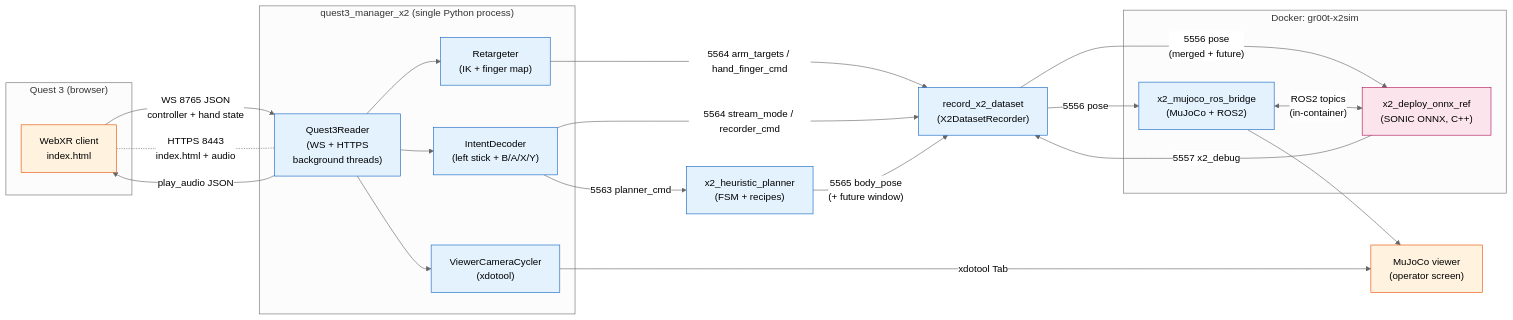
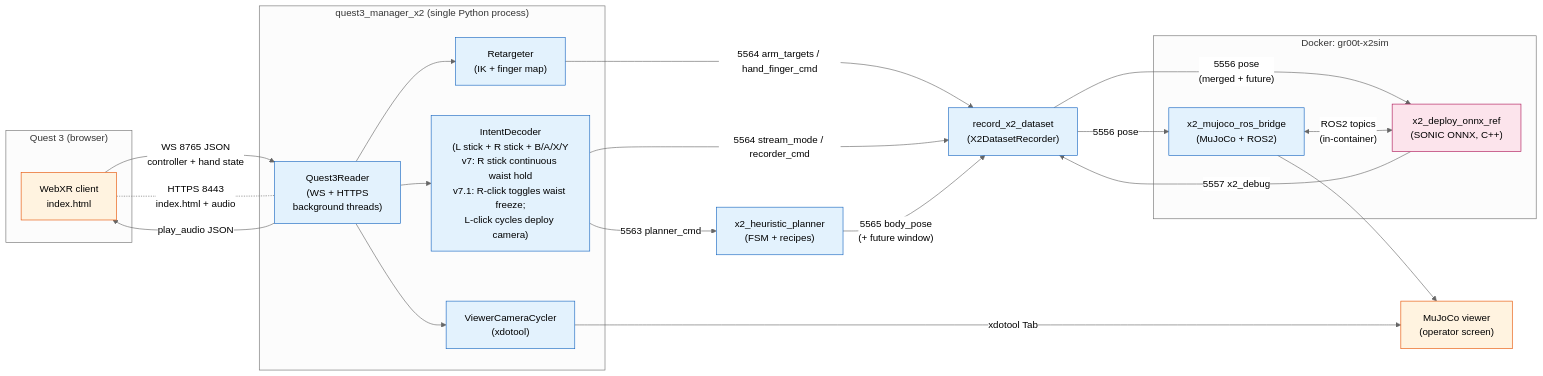
One commit to meetsitaram/GR00T-WholeBodyControl-X2-review changed the first of 4 diagrams in docs/source/references/x2_quest3_planner_stack_architecture.md. Above: the diagram before and after it, drawn with Mermaid (neutral theme). The commit also changed other lines of this file and 30 other files, not shown here.

First line of the commit message:
feat(x2-planner): reach ladder v6 + continuous waist hold v7 + R-click freeze v7.1

````diff
--- a/docs/source/references/x2_quest3_planner_stack_architecture.md
+++ b/docs/source/references/x2_quest3_planner_stack_architecture.md
@@ -40,52 +40,52 @@
 ```mermaid
 flowchart LR
     subgraph Headset["Quest 3 (browser)"]
         WX["WebXR client<br/>index.html"]
     end
 
     subgraph Mgr["quest3_manager_x2 (single Python process)"]
         Q3R["Quest3Reader<br/>(WS + HTTPS<br/>background threads)"]
         IK["Retargeter<br/>(IK + finger map)"]
-        ID["IntentDecoder<br/>(left stick + B/A/X/Y)"]
+        ID["IntentDecoder<br/>(L stick + R stick + B/A/X/Y<br/>v7: R stick continuous waist hold<br/>v7.1: R-click toggles waist freeze;<br/>L-click cycles deploy camera)"]
         VCC["ViewerCameraCycler<br/>(xdotool)"]
     end
 
     Pl["x2_heuristic_planner<br/>(FSM + recipes)"]
     Rec["record_x2_dataset<br/>(X2DatasetRecorder)"]
 
     subgraph DeployBox["Docker: gr00t-x2sim"]
         Bridge["x2_mujoco_ros_bridge<br/>(MuJoCo + ROS2)"]
         Cpp["x2_deploy_onnx_ref<br/>(SONIC ONNX, C++)"]
     end
 
     Mu["MuJoCo viewer<br/>(operator screen)"]
 
     WX -- "WS 8765 JSON<br/>controller + hand state" --> Q3R
     WX -. "HTTPS 8443<br/>index.html + audio" .- Q3R
     Q3R -- "play_audio JSON" --> WX
     Q3R --> ID
     Q3R --> IK
     Q3R --> VCC
     VCC -- "xdotool Tab" --> Mu
 
     ID -- "5563 planner_cmd" --> Pl
     IK -- "5564 arm_targets / hand_finger_cmd" --> Rec
     ID -- "5564 stream_mode / recorder_cmd" --> Rec
 
     Pl -- "5565 body_pose<br/>(+ future window)" --> Rec
 
     Rec -- "5556 pose<br/>(merged + future)" --> Cpp
     Rec -- "5556 pose" --> Bridge
     Cpp -- "5557 x2_debug" --> Rec
 
     Bridge <-- "ROS2 topics<br/>(in-container)" --> Cpp
     Bridge --> Mu
 
     classDef ext fill:#fff3e0,stroke:#e65100;
     classDef py  fill:#e3f2fd,stroke:#1565c0;
     classDef cpp fill:#fce4ec,stroke:#ad1457;
     classDef mj  fill:#f1f8e9,stroke:#558b2f;
     class WX,Mu ext;
     class Q3R,IK,ID,VCC,Pl,Rec,Bridge py;
     class Cpp cpp;
 ```
````
